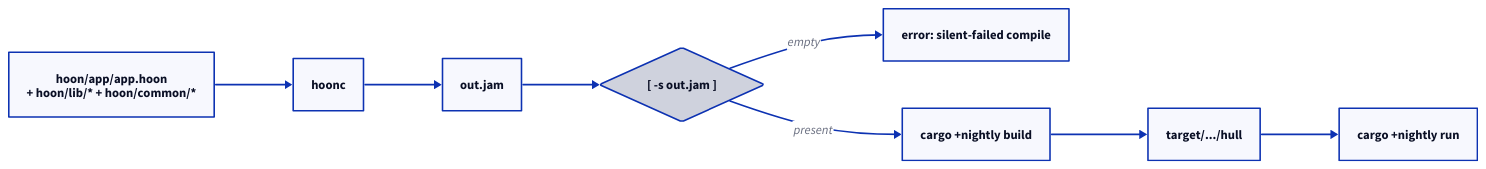
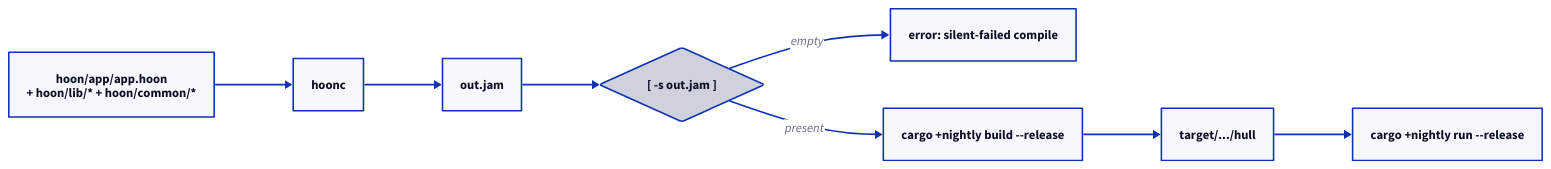
One commit to zkvesl/docs changed the diagram in docs/build/build-run/index.md. Above: the diagram before and after it, drawn with D2. The commit also changed other lines of this file and 4 other files, not shown here.

First line of the commit message:
docs: use cargo +nightly run --release in all kernel-boot examples

````diff
--- a/docs/build/build-run/index.md
+++ b/docs/build/build-run/index.md
@@ -11,19 +11,19 @@
 ```d2
 direction: right
 
 src: "hoon/app/app.hoon\n+ hoon/lib/* + hoon/common/*"
 hoonc
 jam: "out.jam"
 check: "[ -s out.jam ]" {
   shape: diamond
 }
 fail: "error: silent-failed compile"
-cargo: "cargo +nightly build"
+cargo: "cargo +nightly build --release"
 bin: "target/.../hull"
-run: "cargo +nightly run"
+run: "cargo +nightly run --release"
 
 src -> hoonc -> jam -> check
 check -> fail: empty
 check -> cargo: present
 cargo -> bin -> run
 ```
````
